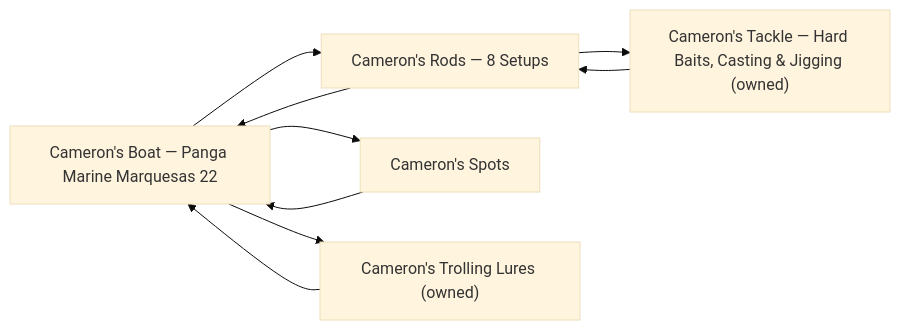
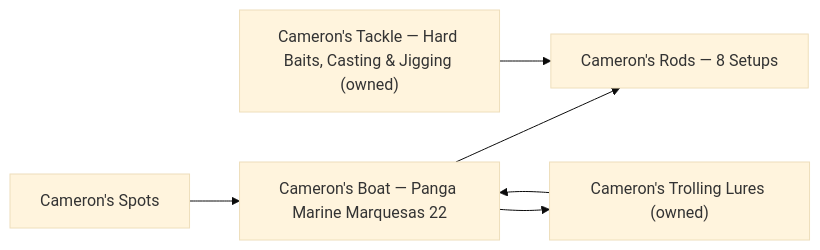
One commit to camchuckpete-max/Socal-Fishing-Knowledge changed the diagram in profiles/cameron/README.md. Above: the diagram before and after it, drawn with Mermaid (base theme). The commit also changed 124 other files, not shown here.

````diff
--- a/profiles/cameron/README.md
+++ b/profiles/cameron/README.md
@@ -34,16 +34,13 @@
 ```mermaid
 graph LR
   n0["Cameron's Boat — Panga Marine Marquesas 22"]
   n1["Cameron's Rods — 8 Setups"]
   n2["Cameron's Spots"]
   n3["Cameron's Tackle — Hard Baits, Casting & Jigging (owned)"]
   n4["Cameron's Trolling Lures (owned)"]
   n0 --> n1
-  n0 --> n2
   n0 --> n4
-  n1 --> n0
-  n1 --> n3
   n2 --> n0
   n3 --> n1
   n4 --> n0
 ```
````
